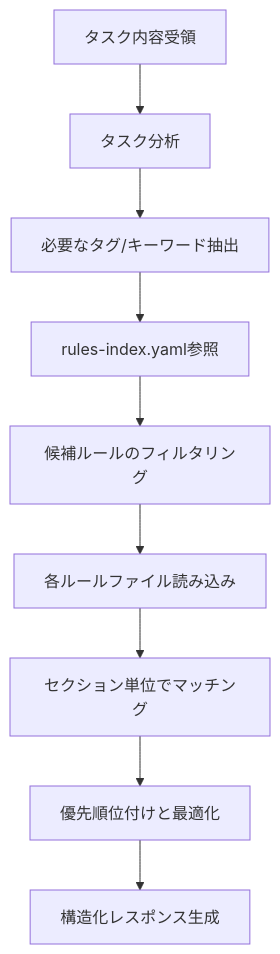
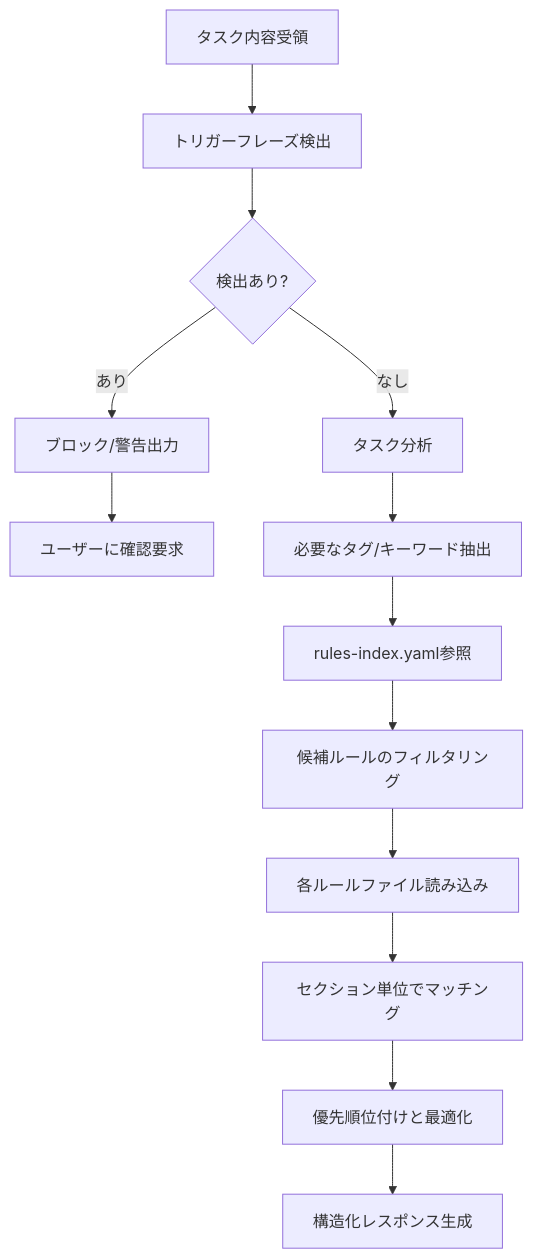
One commit to EarthLinkNetwork/ai-quality-guardian changed the diagram in .claude/agents/rule-advisor.md. Above: the diagram before and after it, drawn with Mermaid. The commit also changed other lines of this file and 6 other files, not shown here.

````diff
--- a/.claude/agents/rule-advisor.md
+++ b/.claude/agents/rule-advisor.md
@@ -46,11 +158,15 @@
 ```mermaid
 graph TD
-    A[タスク内容受領] --> B[タスク分析]
-    B --> C[必要なタグ/キーワード抽出]
-    C --> D[rules-index.yaml参照]
-    D --> E[候補ルールのフィルタリング]
-    E --> F[各ルールファイル読み込み]
-    F --> G[セクション単位でマッチング]
-    G --> H[優先順位付けと最適化]
-    H --> I[構造化レスポンス生成]
+    A[タスク内容受領] --> B[トリガーフレーズ検出]
+    B --> C{検出あり?}
+    C -->|あり| D[ブロック/警告出力]
+    D --> E[ユーザーに確認要求]
+    C -->|なし| F[タスク分析]
+    F --> G[必要なタグ/キーワード抽出]
+    G --> H[rules-index.yaml参照]
+    H --> I[候補ルールのフィルタリング]
+    I --> J[各ルールファイル読み込み]
+    J --> K[セクション単位でマッチング]
+    K --> L[優先順位付けと最適化]
+    L --> M[構造化レスポンス生成]
 ```
````
